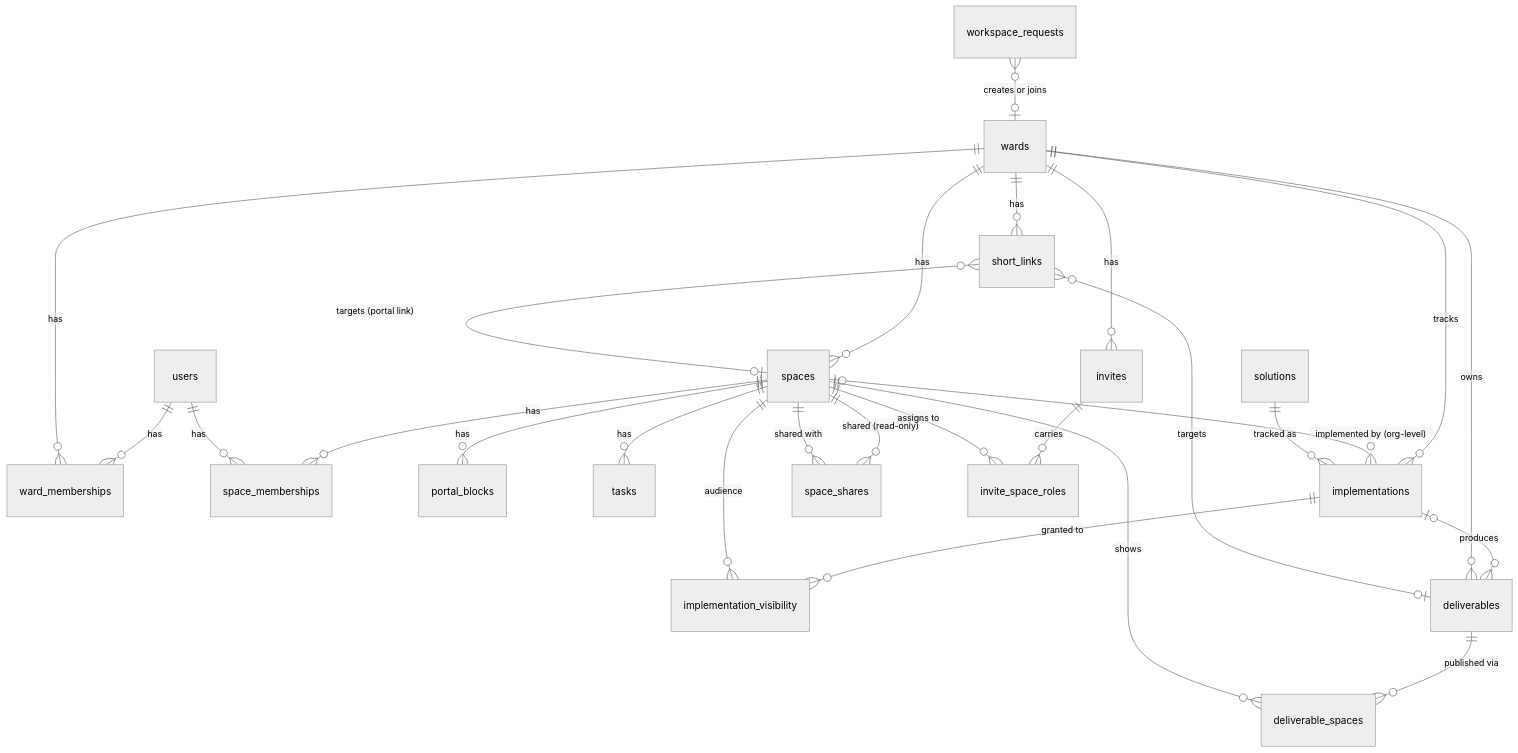
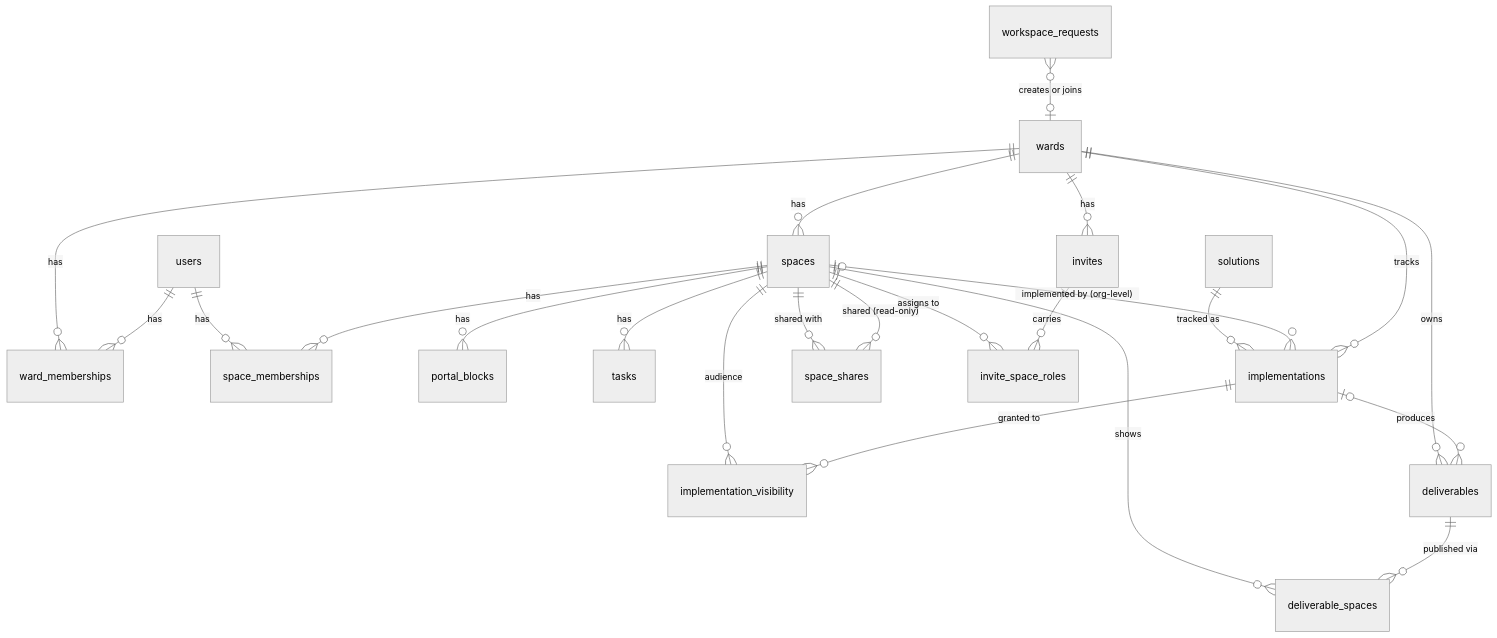
One commit to samrob66/wardest changed the diagram in SCHEMA.md. Above: the diagram before and after it, drawn with Mermaid (neutral theme). The commit also changed other lines of this file and 24 other files, not shown here.

First line of the commit message:
Retire the go4 shortener: short links are pasted zippa.run links

````diff
--- a/SCHEMA.md
+++ b/SCHEMA.md
@@ -26,28 +26,25 @@
 ```mermaid
 erDiagram
   users ||--o{ ward_memberships : has
   wards ||--o{ ward_memberships : has
   wards ||--o{ spaces : has
   spaces ||--o{ space_memberships : has
   users ||--o{ space_memberships : has
   spaces ||--o{ portal_blocks : has
   spaces ||--o{ tasks : has
   wards ||--o{ implementations : tracks
   spaces |o--o{ implementations : "implemented by (org-level)"
   implementations ||--o{ implementation_visibility : "granted to"
   spaces ||--o{ implementation_visibility : "audience"
   spaces ||--o{ space_shares : "shared (read-only)"
   spaces ||--o{ space_shares : "shared with"
   solutions ||--o{ implementations : "tracked as"
   implementations |o--o{ deliverables : produces
   wards ||--o{ deliverables : owns
   deliverables ||--o{ deliverable_spaces : "published via"
   spaces ||--o{ deliverable_spaces : shows
-  wards ||--o{ short_links : has
-  short_links }o--o| deliverables : targets
-  short_links }o--o| spaces : "targets (portal link)"
   wards ||--o{ invites : has
   invites ||--o{ invite_space_roles : carries
   spaces ||--o{ invite_space_roles : "assigns to"
   workspace_requests }o--o| wards : "creates or joins"
 ```
````
